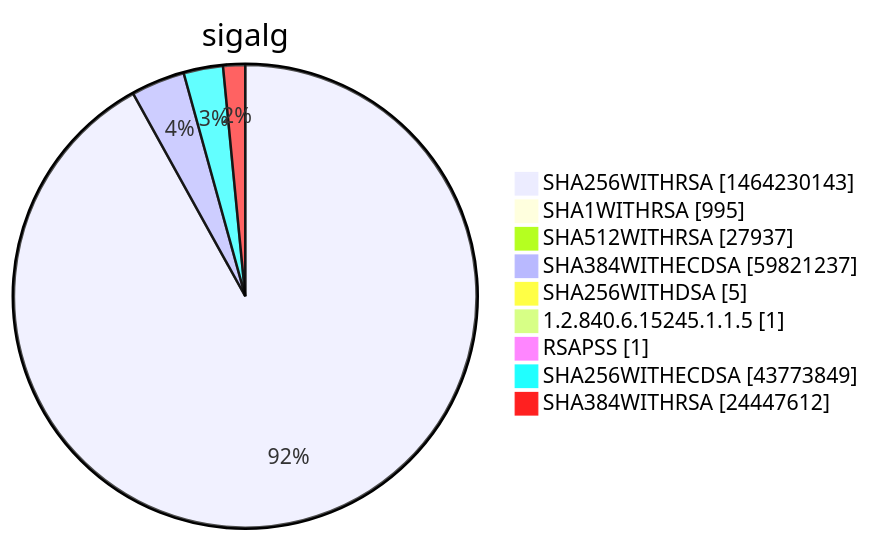
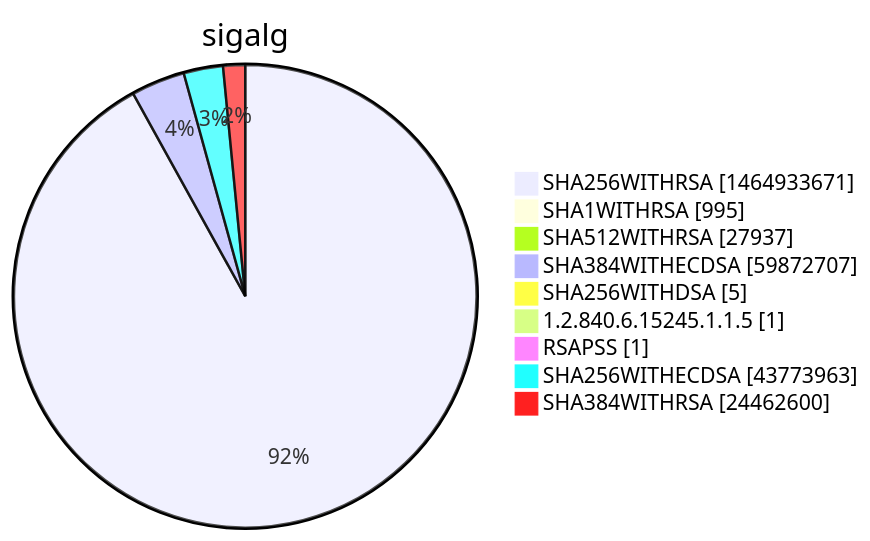
One commit to christiankrug/ctmonitor_visualization changed diagram 15 of 15 in xenon2022/README.md. Above: the diagram before and after it, drawn with Mermaid. The commit also changed other lines of this file, not shown here.

````diff
--- a/xenon2022/README.md
+++ b/xenon2022/README.md
@@ -5863,13 +5863,13 @@
 ```mermaid
 pie showData
 title sigalg
-"SHA256WITHRSA" :1464230143
+"SHA256WITHRSA" :1464933671
 "SHA1WITHRSA" :995
 "SHA512WITHRSA" :27937
-"SHA384WITHECDSA" :59821237
+"SHA384WITHECDSA" :59872707
 "SHA256WITHDSA" :5
 "1.2.840.6.15245.1.1.5" :1
 "RSAPSS" :1
-"SHA256WITHECDSA" :43773849
-"SHA384WITHRSA" :24447612
+"SHA256WITHECDSA" :43773963
+"SHA384WITHRSA" :24462600
 ```
````
